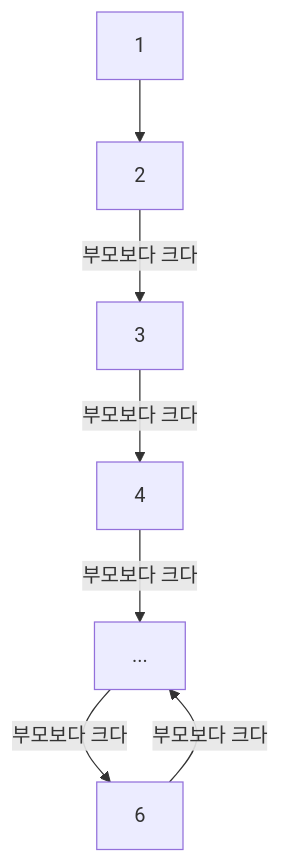
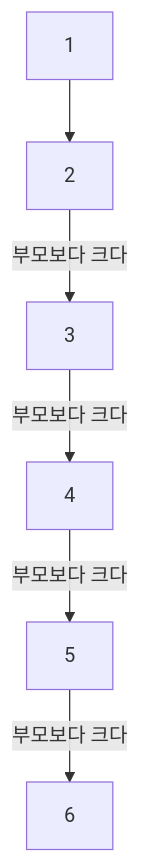
One commit to Budnarae/budnarae_archive changed the sixth of 8 diagrams in content/posts/avl_tree.md. Above: the diagram before and after it, drawn with Mermaid. The commit also changed other lines of this file, not shown here.

````diff
--- a/content/posts/avl_tree.md
+++ b/content/posts/avl_tree.md
@@ -215,9 +215,8 @@
 ```mermaid
 graph TD
 A[1] --> B[2]
 B --> |부모보다 크다| C[3]
 C --> |부모보다 크다| D[4]
 D --> |부모보다 크다| E[5]
 E --> |부모보다 크다| F[6]
-F --> |부모보다 크다| E[...]
 ```  
````
